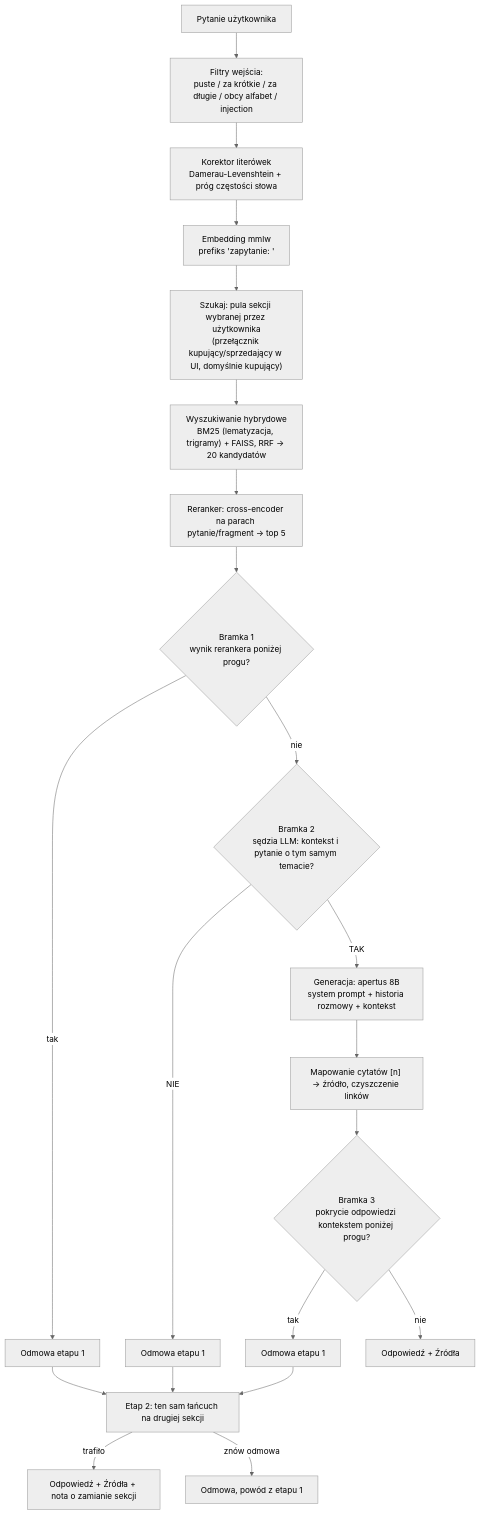
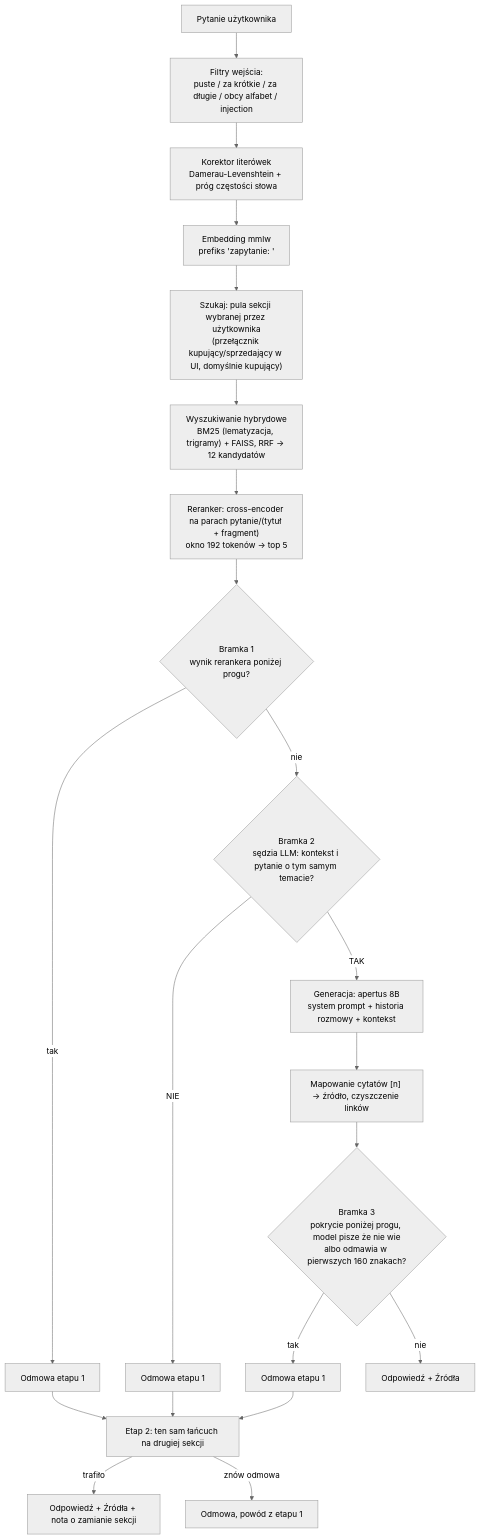
One commit to OskarOG1/Chatbot-RAG changed the diagram in README.md. Above: the diagram before and after it, drawn with Mermaid (neutral theme). The commit also changed other lines of this file and 4 other files, not shown here.

````diff
--- a/README.md
+++ b/README.md
@@ -48,23 +32,23 @@
 ```mermaid
 flowchart TD
     Q["Pytanie użytkownika"] --> F["Filtry wejścia:<br/>puste / za krótkie / za długie / obcy alfabet / injection"]
     F --> K["Korektor literówek<br/>Damerau-Levenshtein + próg częstości słowa"]
     K --> E["Embedding mmlw<br/>prefiks 'zapytanie: '"]
     E --> S["Szukaj: pula sekcji wybranej przez użytkownika<br/>(przełącznik kupujący/sprzedający w UI, domyślnie kupujący)"]
-    S --> H["Wyszukiwanie hybrydowe<br/>BM25 (lematyzacja, trigramy) + FAISS, RRF → 20 kandydatów"]
-    H --> RR["Reranker: cross-encoder na parach pytanie/fragment → top 5"]
+    S --> H["Wyszukiwanie hybrydowe<br/>BM25 (lematyzacja, trigramy) + FAISS, RRF → 12 kandydatów"]
+    H --> RR["Reranker: cross-encoder na parach pytanie/(tytuł + fragment)<br/>okno 192 tokenów → top 5"]
     RR --> G1{"Bramka 1<br/>wynik rerankera poniżej progu?"}
     G1 -- tak --> D1["Odmowa etapu 1"]
     G1 -- nie --> G2{"Bramka 2<br/>sędzia LLM: kontekst i pytanie o tym samym temacie?"}
     G2 -- NIE --> D2["Odmowa etapu 1"]
     G2 -- TAK --> GEN["Generacja: apertus 8B<br/>system prompt + historia rozmowy + kontekst"]
     GEN --> C["Mapowanie cytatów [n] → źródło, czyszczenie linków"]
-    C --> G3{"Bramka 3<br/>pokrycie odpowiedzi kontekstem poniżej progu?"}
+    C --> G3{"Bramka 3<br/>pokrycie poniżej progu, model pisze że nie wie<br/>albo odmawia w pierwszych 160 znakach?"}
     G3 -- tak --> D3["Odmowa etapu 1"]
     G3 -- nie --> A1["Odpowiedź + Źródła"]
     D1 --> S2["Etap 2: ten sam łańcuch na drugiej sekcji"]
     D2 --> S2
     D3 --> S2
     S2 -- trafiło --> A2["Odpowiedź + Źródła + nota o zamianie sekcji"]
     S2 -- "znów odmowa" --> D4["Odmowa, powód z etapu 1"]
 ```
````
